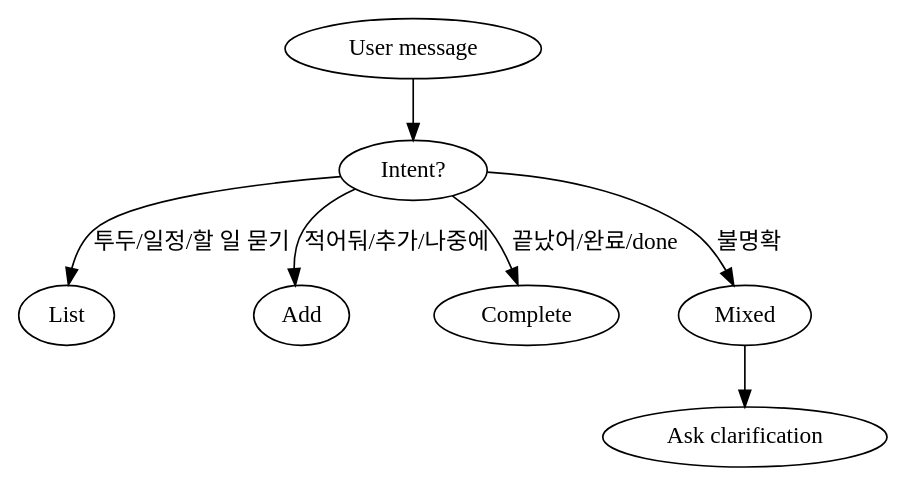
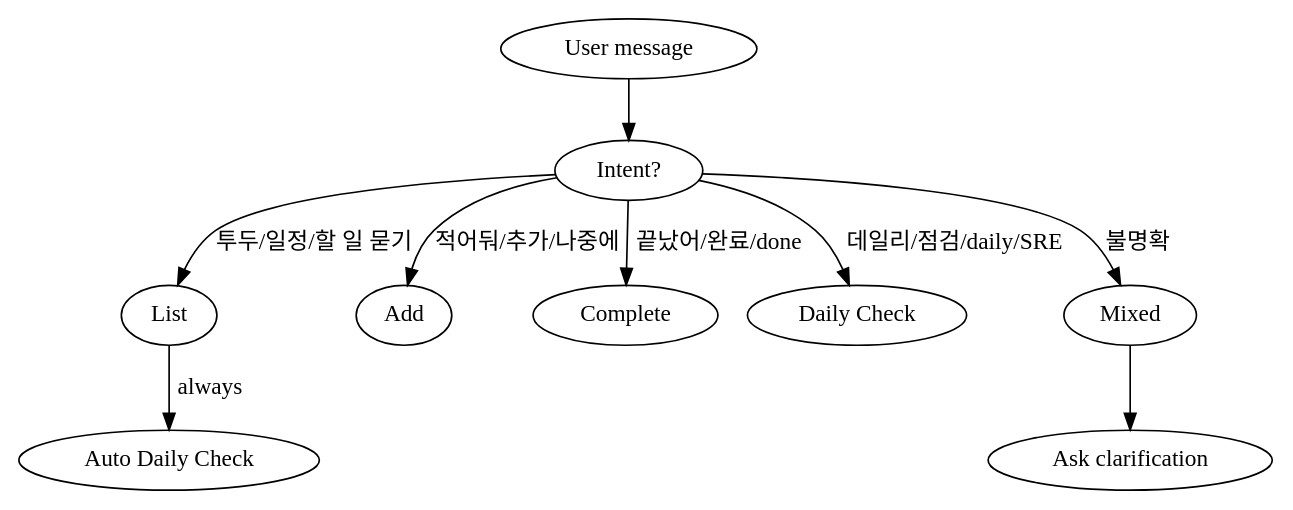
One commit to dokdo2013/claude-code-skills changed the first of 2 diagrams in plugins/memory-todo/skills/memory-todo/SKILL.md. Above: the diagram before and after it, drawn with Graphviz. The commit also changed other lines of this file and 2 other files, not shown here.

First line of the commit message:
feat: add daily task mechanism to memory-todo skill

````diff
--- a/plugins/memory-todo/skills/memory-todo/SKILL.md
+++ b/plugins/memory-todo/skills/memory-todo/SKILL.md
@@ -12,10 +12,12 @@
 ```dot
 digraph when {
   "User message" -> "Intent?";
   "Intent?" -> "List" [label="투두/일정/할 일 묻기"];
   "Intent?" -> "Add" [label="적어둬/추가/나중에"];
   "Intent?" -> "Complete" [label="끝났어/완료/done"];
+  "Intent?" -> "Daily Check" [label="데일리/점검/daily/SRE"];
   "Intent?" -> "Mixed" [label="불명확"];
   "Mixed" -> "Ask clarification";
+  "List" -> "Auto Daily Check" [label="always"];
 }
 ```
````
